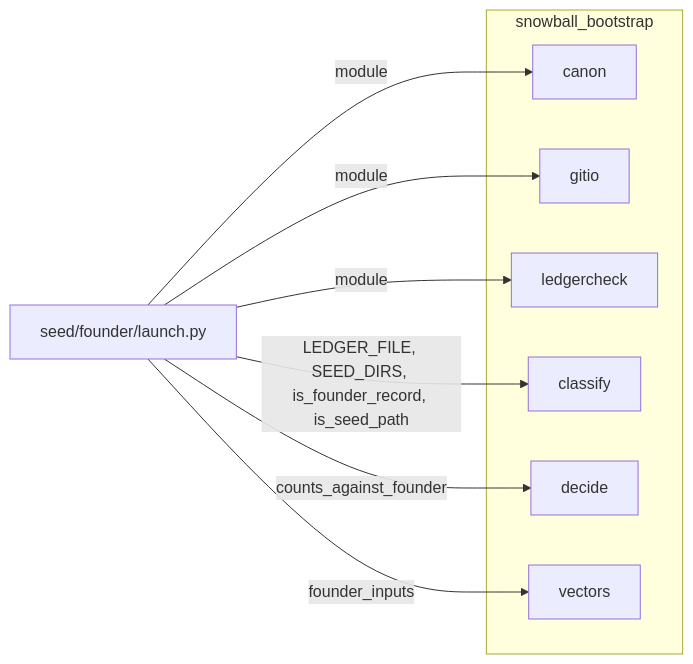
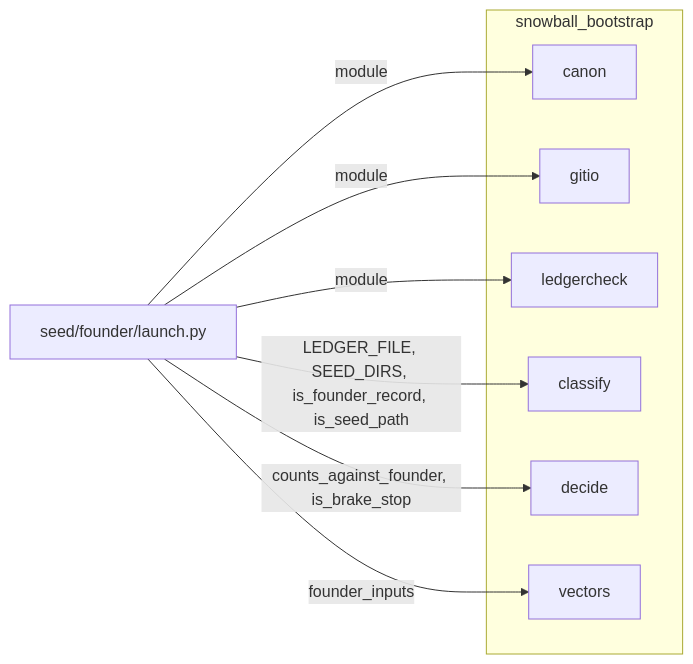
One commit to Okan-wqm/snowball-mcp changed the eighth of 8 diagrams in docs/harita.md. Above: the diagram before and after it, drawn with Mermaid. The commit also changed 13 other files, not shown here.

First line of the commit message:
E550 second round: a brake stop never hides the Founder's own reason; the launcher does not resend a stopped head

````diff
--- a/docs/harita.md
+++ b/docs/harita.md
@@ -396,18 +396,18 @@
 ```mermaid
 flowchart LR
   launcher["seed/founder/launch.py"]
   subgraph pkg["snowball_bootstrap"]
     m_canon["canon"]
     m_gitio["gitio"]
     m_ledgercheck["ledgercheck"]
     m_classify["classify"]
     m_decide["decide"]
     m_vectors["vectors"]
   end
   launcher -->|module| m_canon
   launcher -->|module| m_gitio
   launcher -->|module| m_ledgercheck
   launcher -->|LEDGER_FILE, SEED_DIRS, is_founder_record, is_seed_path| m_classify
-  launcher -->|counts_against_founder| m_decide
+  launcher -->|counts_against_founder, is_brake_stop| m_decide
   launcher -->|founder_inputs| m_vectors
 ```
````
